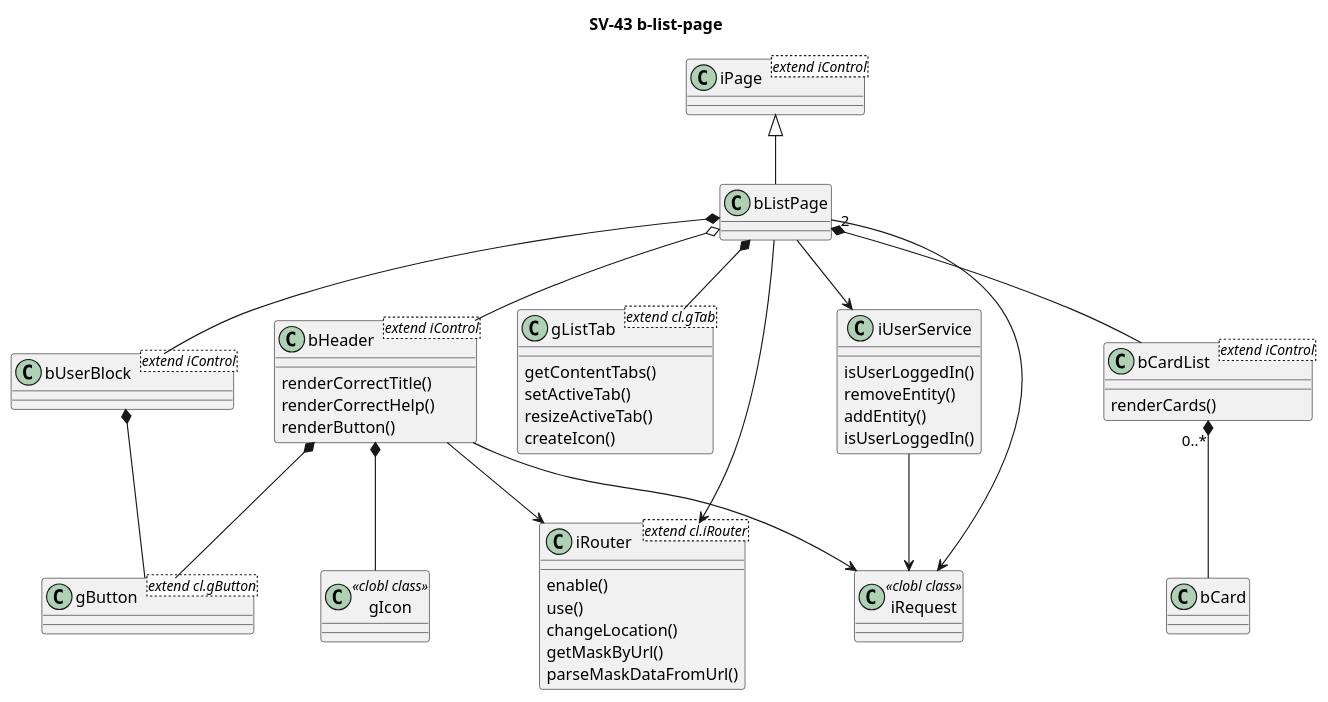
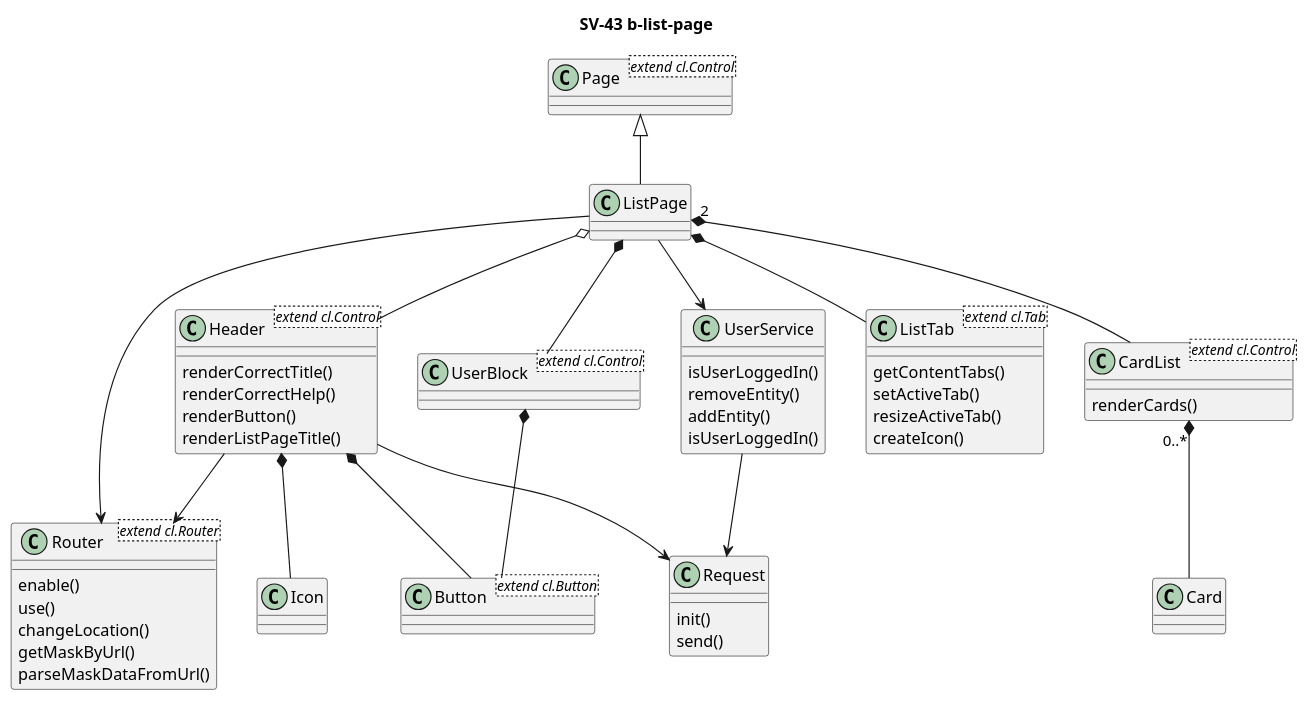
The diagram in uml/b-list-page.pu (Sprinter101/sp101), drawn with PlantUML before and after one commit. The commit also changed 2 other files, not shown here.

Commit message:
SV-109 fixed uml diagrams

```diff
--- a/uml/b-list-page.pu
+++ b/uml/b-list-page.pu
@@ -1,68 +1,69 @@
 @startuml
 
 title SV-43 b-list-page
 
-iPage <|-- bListPage
-bListPage o-- bHeader
-bListPage *-- bUserBlock
-bListPage *-- gListTab
-bListPage "2" *-- bCardList
-bListPage --> iRouter
-bListPage --> iRequest
-bListPage --> iUserService
+Page <|-- ListPage
+ListPage o-- Header
+ListPage *-- UserBlock
+ListPage *-- ListTab
+ListPage "2" *-- CardList
+ListPage --> Router
+ListPage --> UserService
 
-bHeader *-- gIcon
-bHeader *-- gButton
-bHeader --> iRouter
-bHeader --> iRequest
+Header *-- Icon
+Header *-- Button
+Header --> Router
+Header --> Request
 
-bUserBlock *-- gButton
+UserBlock *-- Button
 
-bCardList "0..*" *-- bCard
+CardList "0..*" *-- Card
 
-iUserService --> iRequest
+UserService --> Request
 
-class bCardList <extend iControl> {
+class CardList <extend cl.Control> {
     renderCards()
 }
 
-class iUserService {
+class UserService {
     isUserLoggedIn()
     removeEntity()
     addEntity()
 }
 
-class gListTab <extend cl.gTab> {
+class ListTab <extend cl.Tab> {
     getContentTabs()
     setActiveTab()
     resizeActiveTab()
     createIcon()
 }
 
-class bHeader <extend iControl> {
+class Header <extend cl.Control> {
     renderCorrectTitle()
     renderCorrectHelp()
     renderButton()
+    renderListPageTitle()
 }
 
-class iRouter <extend cl.iRouter> {
+class Router <extend cl.Router> {
     enable()
     use()
     changeLocation()
     getMaskByUrl()
     parseMaskDataFromUrl()
 }
 
-class iUserService {
+class UserService {
     isUserLoggedIn()
 }
 
-class bUserBlock <extend iControl>
-class gButton <extend cl.gButton>
-class iPage  <extend iControl>
+class UserBlock <extend cl.Control>
+class Button <extend cl.Button>
+class Page  <extend cl.Control>
+class Request {
+    init()
+    send()
+}
 
 
-class iRequest <<clobl class>>
-class gIcon <<clobl class>>
-
 @enduml
```
